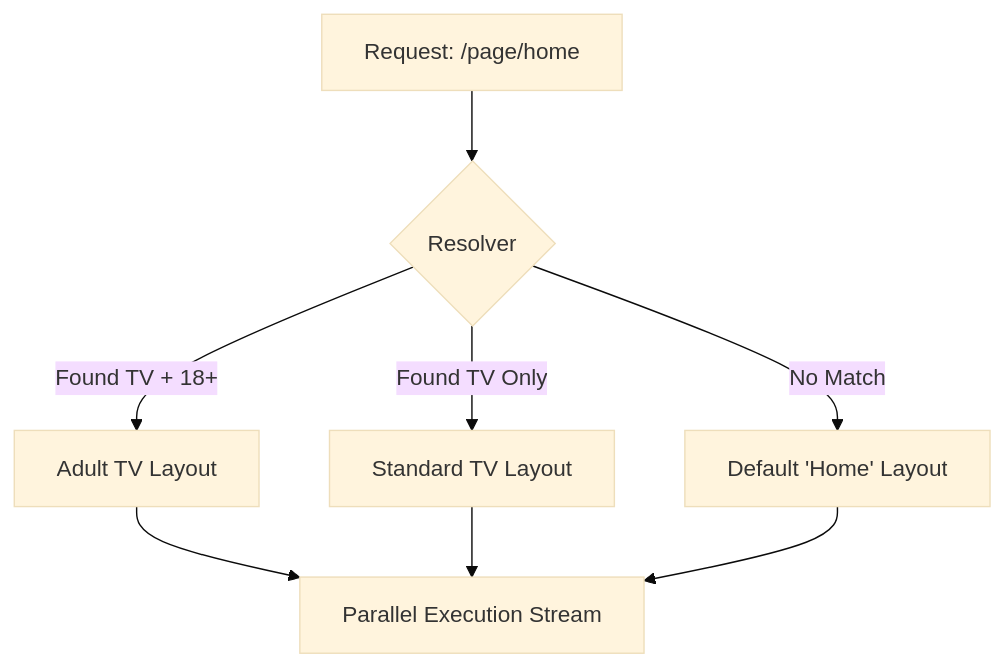
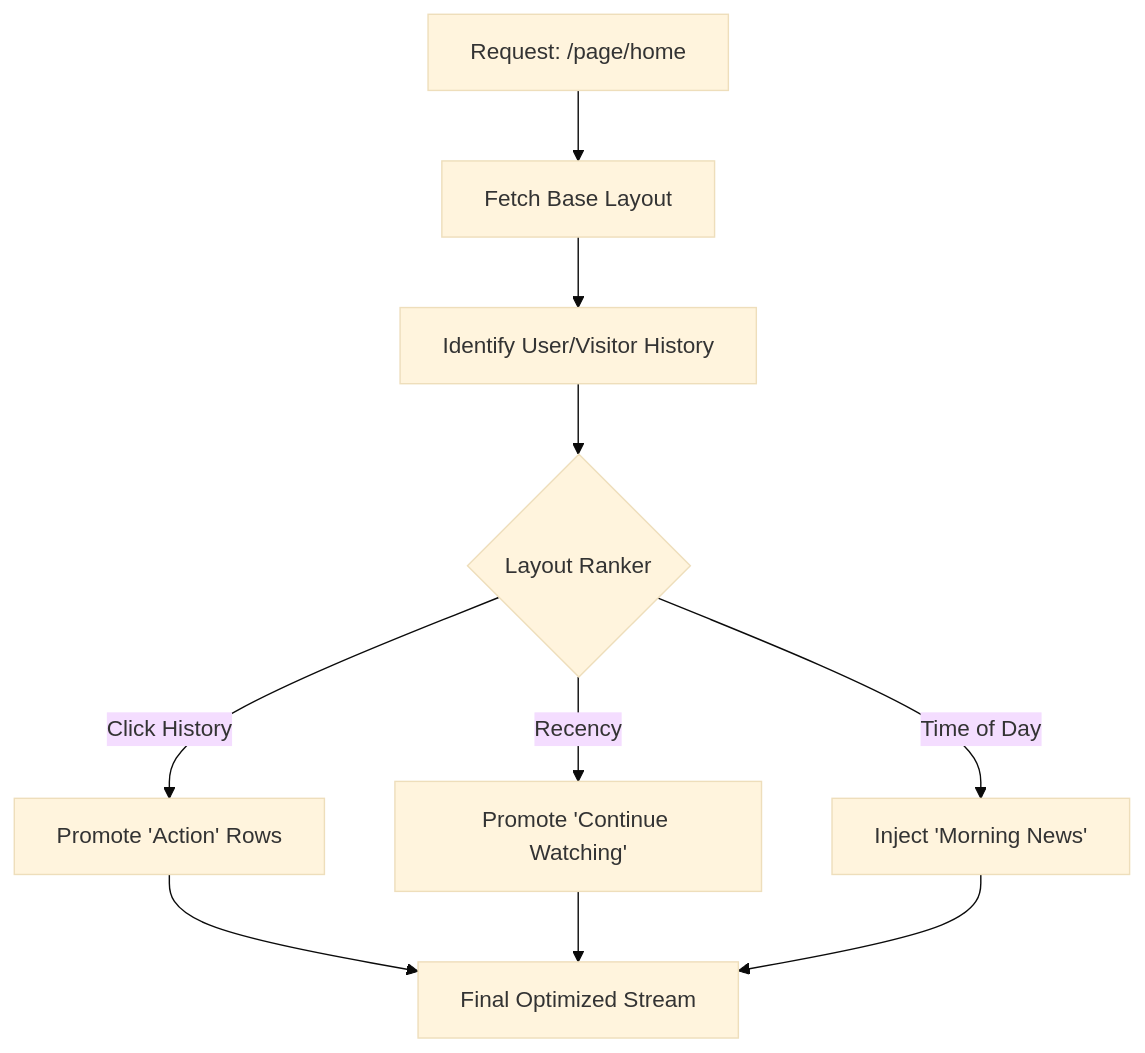
One commit to adiozdaniel/bongas-ai changed the diagram in docs/architecture/PAGES.md. Above: the diagram before and after it, drawn with Mermaid (base theme). The commit also changed other lines of this file and 15 other files, not shown here.

````diff
--- a/docs/architecture/PAGES.md
+++ b/docs/architecture/PAGES.md
@@ -37,8 +46,10 @@
 ```mermaid
 graph TD
-    A[Request: /page/home] --> B{Resolver}
-    B -->|Found TV + 18+| C[Adult TV Layout]
-    B -->|Found TV Only| D[Standard TV Layout]
-    B -->|No Match| E[Default 'Home' Layout]
-    C & D & E --> F[Parallel Execution Stream]
+    A[Request: /page/home] --> B[Fetch Base Layout]
+    B --> C[Identify User/Visitor History]
+    C --> D{Layout Ranker}
+    D -->|Click History| E[Promote 'Action' Rows]
+    D -->|Recency| F[Promote 'Continue Watching']
+    D -->|Time of Day| G[Inject 'Morning News']
+    E & F & G --> H[Final Optimized Stream]
 ```
````
